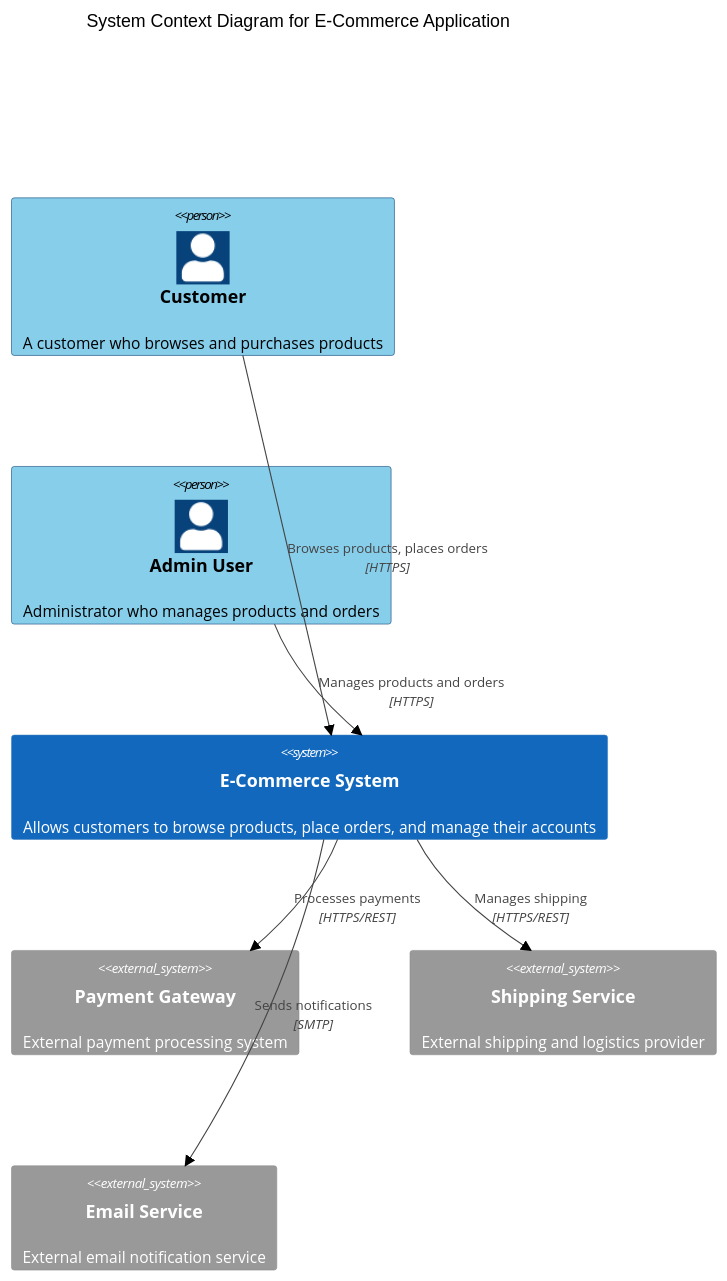
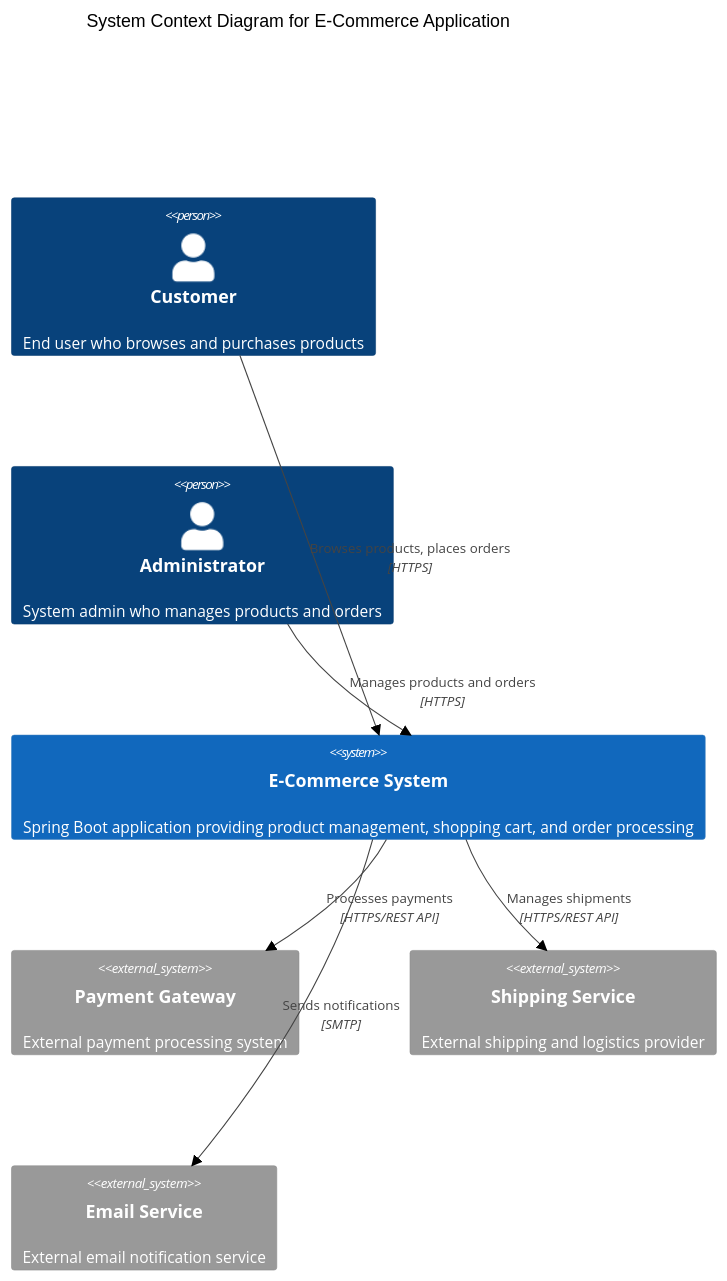
One commit to NavneetBN47/aava-ecom-demo changed the first of 2 diagrams in docs/HLD/hld.md. Above: the diagram before and after it, drawn with Mermaid (forest theme). The commit also changed other lines of this file, not shown here.

````diff
--- a/docs/HLD/hld.md
+++ b/docs/HLD/hld.md
@@ -15,23 +15,21 @@
 ```mermaid
 C4Context
     title System Context Diagram for E-Commerce Application
     
-    Person(customer, "Customer", "A customer who browses and purchases products")
-    Person(admin, "Admin User", "Administrator who manages products and orders")
+    Person(customer, "Customer", "End user who browses and purchases products")
+    Person(admin, "Administrator", "System admin who manages products and orders")
     
-    System(ecommerce, "E-Commerce System", "Allows customers to browse products, place orders, and manage their accounts")
+    System(ecommerce, "E-Commerce System", "Spring Boot application providing product management, shopping cart, and order processing")
     
     System_Ext(payment, "Payment Gateway", "External payment processing system")
     System_Ext(shipping, "Shipping Service", "External shipping and logistics provider")
     System_Ext(email, "Email Service", "External email notification service")
     
     Rel(customer, ecommerce, "Browses products, places orders", "HTTPS")
     Rel(admin, ecommerce, "Manages products and orders", "HTTPS")
-    Rel(ecommerce, payment, "Processes payments", "HTTPS/REST")
-    Rel(ecommerce, shipping, "Manages shipping", "HTTPS/REST")
+    Rel(ecommerce, payment, "Processes payments", "HTTPS/REST API")
+    Rel(ecommerce, shipping, "Manages shipments", "HTTPS/REST API")
     Rel(ecommerce, email, "Sends notifications", "SMTP")
     
-    UpdateElementStyle(customer, $fontColor="#000000", $bgColor="#87CEEB")
-    UpdateElementStyle(admin, $fontColor="#000000", $bgColor="#87CEEB")
-    UpdateElementStyle(ecommerce, $fontColor="#ffffff", $bgColor="#1168bd")
+    UpdateLayoutConfig($c4ShapeInRow="3", $c4BoundaryInRow="2")
 ```
````
